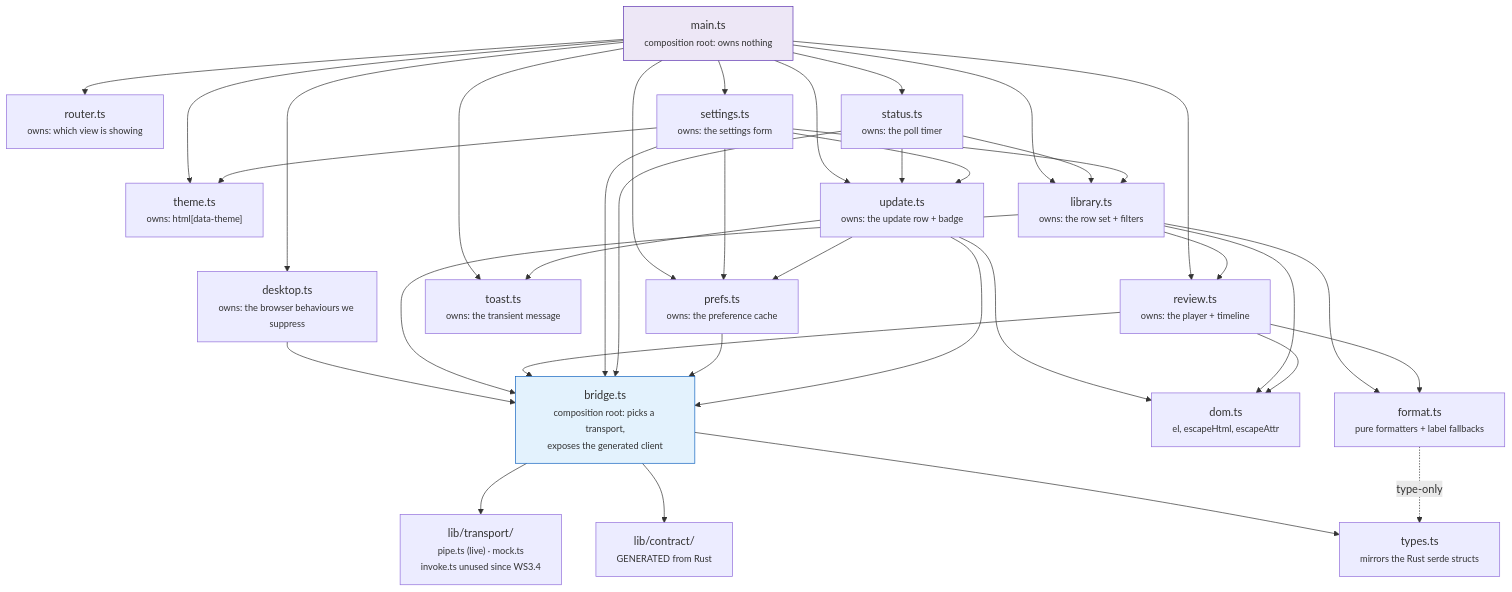
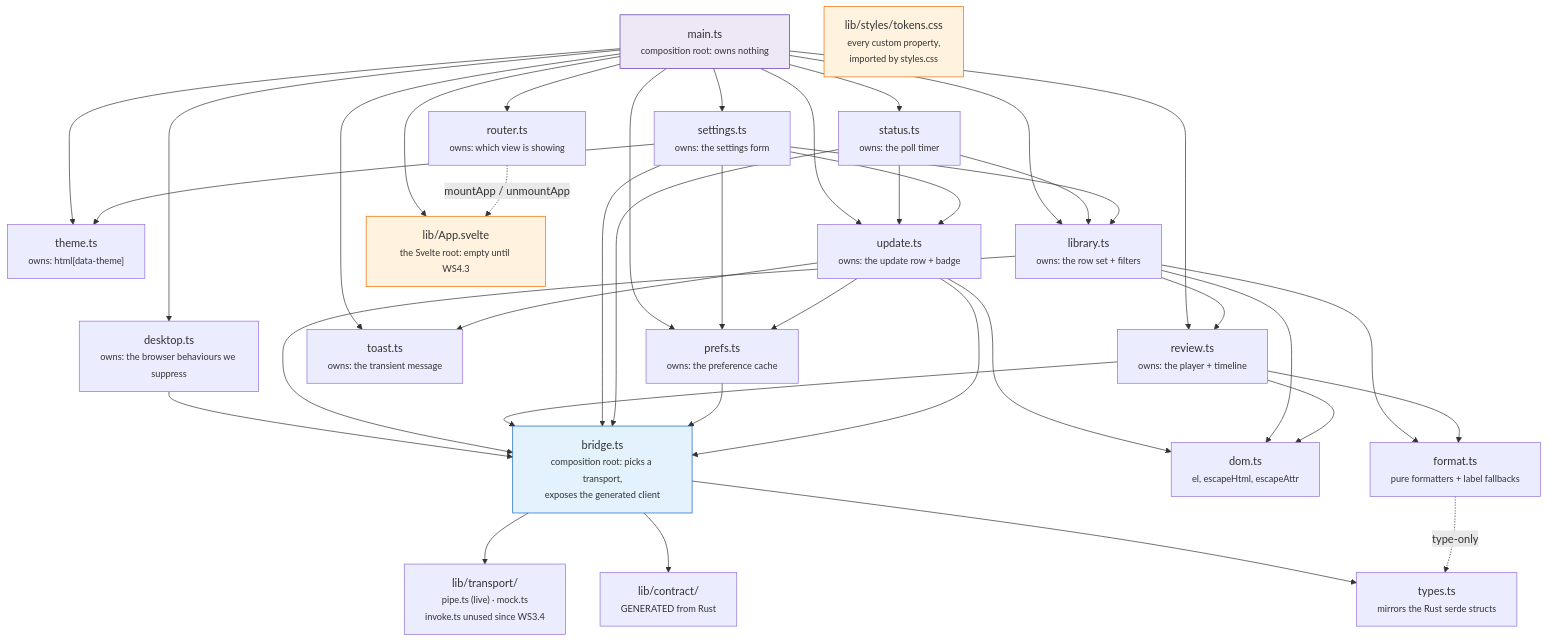
Before and after one commit to NinjaGoldfinch/ninja-recorder: the first of 4 diagrams in docs/frontend.md, drawn with Mermaid. The commit also changed other lines of this file and 21 other files, not shown here.

````diff
--- a/docs/frontend.md
+++ b/docs/frontend.md
@@ -13,58 +18,64 @@
 ```mermaid
 flowchart TB
     MAIN["main.ts<br/><small>composition root: owns nothing</small>"]
     ROUTER["router.ts<br/><small>owns: which view is showing</small>"]
     THEME["theme.ts<br/><small>owns: html[data-theme]</small>"]
     PREFS["prefs.ts<br/><small>owns: the preference cache</small>"]
     STATUS["status.ts<br/><small>owns: the poll timer</small>"]
     LIB["library.ts<br/><small>owns: the row set + filters</small>"]
     REVIEW["review.ts<br/><small>owns: the player + timeline</small>"]
     SETTINGS["settings.ts<br/><small>owns: the settings form</small>"]
     TOAST["toast.ts<br/><small>owns: the transient message</small>"]
     UPDATE["update.ts<br/><small>owns: the update row + badge</small>"]
     DESK["desktop.ts<br/><small>owns: the browser behaviours we suppress</small>"]
     BRIDGE["bridge.ts<br/><small>composition root: picks a transport,<br/>exposes the generated client</small>"]
     TRANSPORT["lib/transport/<br/><small>pipe.ts (live) · mock.ts<br/>invoke.ts unused since WS3.4</small>"]
     CONTRACT["lib/contract/<br/><small>GENERATED from Rust</small>"]
     BRIDGE --> TRANSPORT
     BRIDGE --> CONTRACT
+    APP["lib/App.svelte<br/><small>the Svelte root: empty until WS4.3</small>"]
+    TOKENS["lib/styles/tokens.css<br/><small>every custom property,<br/>imported by styles.css</small>"]
     DOM["dom.ts<br/><small>el, escapeHtml, escapeAttr</small>"]
     FMT["format.ts<br/><small>pure formatters + label fallbacks</small>"]
     TYPES["types.ts<br/><small>mirrors the Rust serde structs</small>"]
 
     MAIN --> ROUTER
+    MAIN --> APP
+    ROUTER -.->|"mountApp / unmountApp"| APP
     MAIN --> THEME
     MAIN --> PREFS
     MAIN --> STATUS
     MAIN --> LIB
     MAIN --> REVIEW
     MAIN --> SETTINGS
     MAIN --> TOAST
     MAIN --> UPDATE
     MAIN --> DESK
     DESK --> BRIDGE
     STATUS --> LIB
     STATUS --> UPDATE
     SETTINGS --> LIB
     SETTINGS --> THEME
     SETTINGS --> PREFS
     LIB --> REVIEW
     LIB --> BRIDGE
     REVIEW --> BRIDGE
     SETTINGS --> BRIDGE
     STATUS --> BRIDGE
     PREFS --> BRIDGE
     UPDATE --> BRIDGE
     UPDATE --> TOAST
     UPDATE --> DOM
     UPDATE --> PREFS
     SETTINGS --> UPDATE
     LIB --> FMT
     REVIEW --> FMT
     LIB --> DOM
     REVIEW --> DOM
     BRIDGE --> TYPES
     FMT -.->|"type-only"| TYPES
     style MAIN fill:#ede7f6,stroke:#5e35b1
     style BRIDGE fill:#e3f2fd,stroke:#1565c0
+    style APP fill:#fff3e0,stroke:#ef6c00
+    style TOKENS fill:#fff3e0,stroke:#ef6c00
 ```
````
